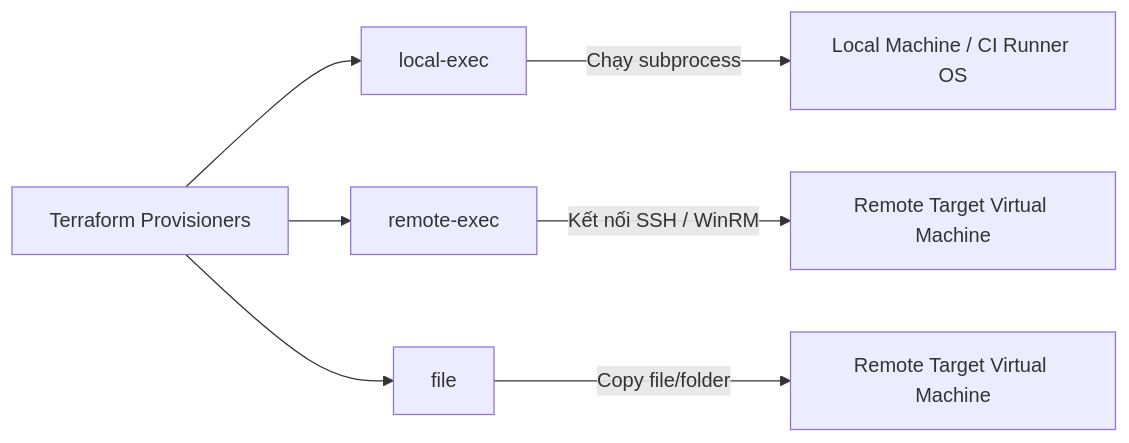
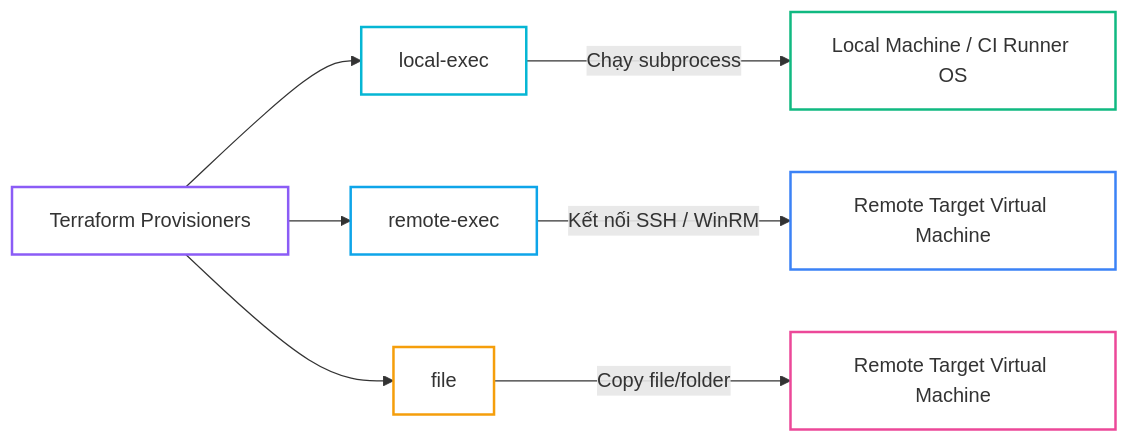
Before and after one commit to kiennt308/ntk: the second of 6 diagrams in _posts/2026-09-13-terraform-17-17-provisioners-terraform-data-va-chuyen-doi-state-khong-pha-huy-ha-tang.md, drawn with Mermaid. The commit also changed other lines of this file and 26 other files, not shown here.

Commit message:
style(terraform): standardize presentation, complete titles & summaries, tailor tldr, and optimize lab tables & mermaid across Bài 05 to Bài 31

````diff
--- a/_posts/2026-09-13-terraform-17-17-provisioners-terraform-data-va-chuyen-doi-state-khong-pha-huy-ha-tang.md
+++ b/_posts/2026-09-13-terraform-17-17-provisioners-terraform-data-va-chuyen-doi-state-khong-pha-huy-ha-tang.md
@@ -76,12 +76,18 @@
 ```mermaid
 graph LR
     P["Terraform Provisioners"] --> L["local-exec"]
     P --> R["remote-exec"]
     P --> F["file"]
 
     L -->|Chạy subprocess| L1["Local Machine / CI Runner OS"]
     R -->|Kết nối SSH / WinRM| R1["Remote Target Virtual Machine"]
     F -->|Copy file/folder| F1["Remote Target Virtual Machine"]
 
-
+    style R1 fill:none,stroke:#3b82f6,stroke-width:2px
+    style R fill:none,stroke:#0ea5e9,stroke-width:2px
+    style L1 fill:none,stroke:#10b981,stroke-width:2px
+    style F fill:none,stroke:#f59e0b,stroke-width:2px
+    style P fill:none,stroke:#8b5cf6,stroke-width:2px
+    style F1 fill:none,stroke:#ec4899,stroke-width:2px
+    style L fill:none,stroke:#06b6d4,stroke-width:2px
 ```
````
